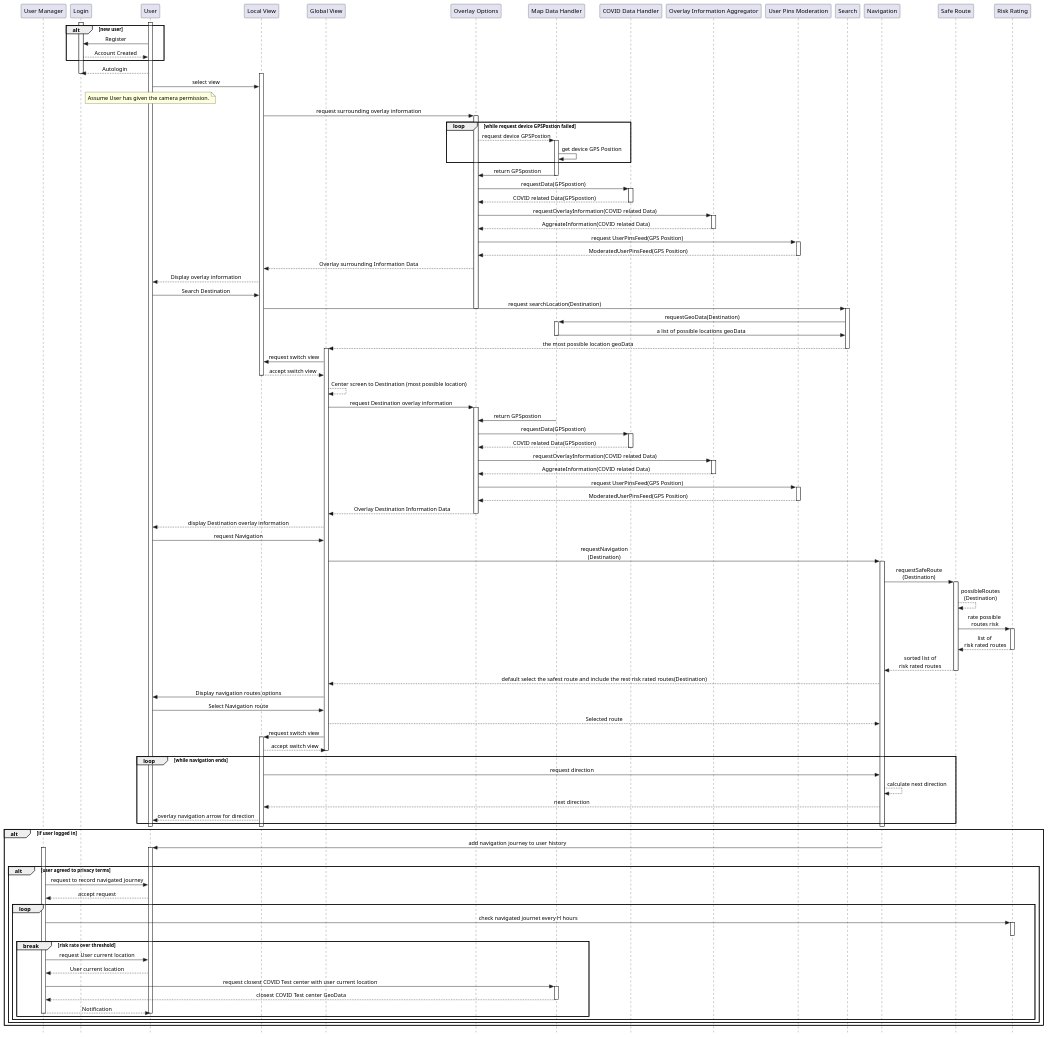
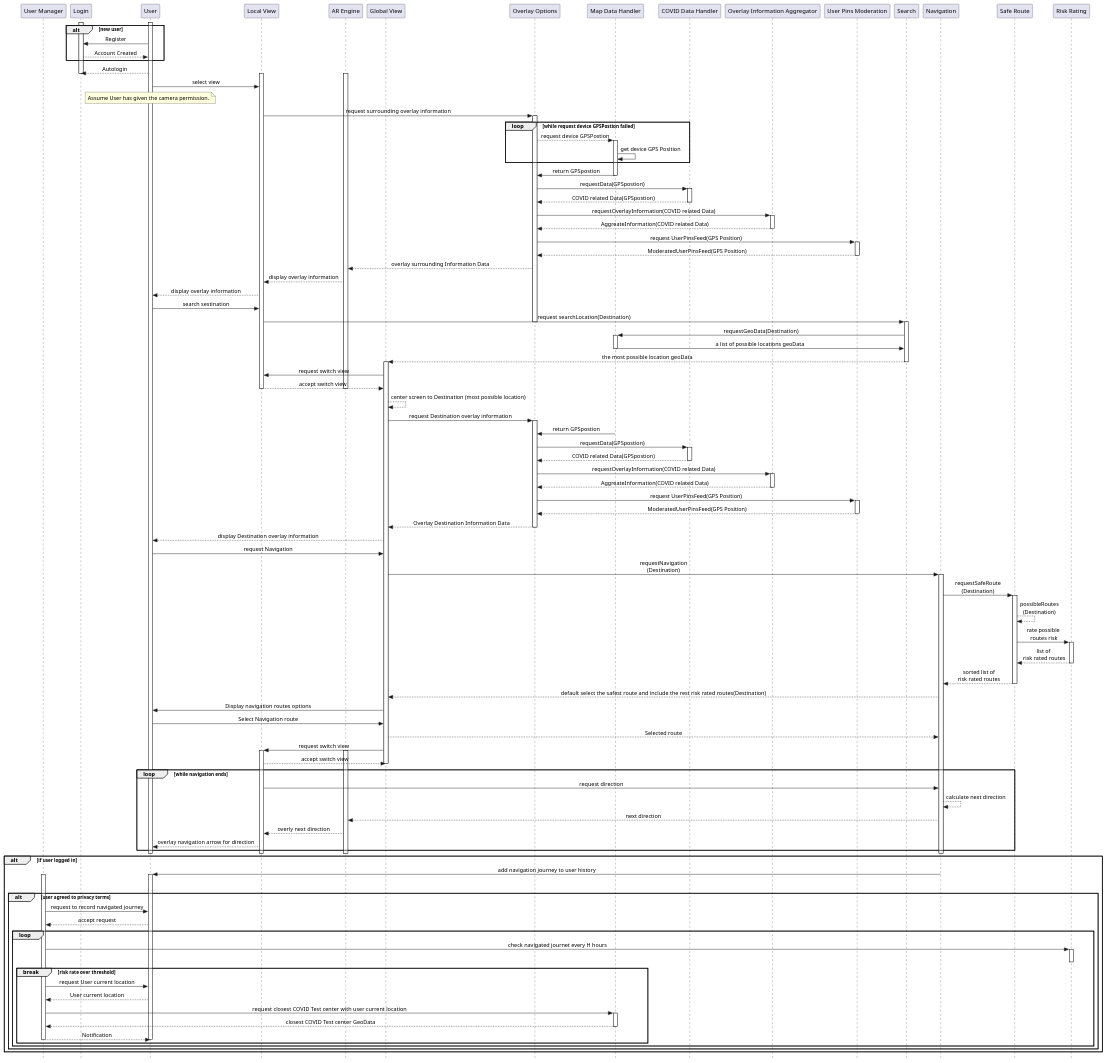
The diagram in past_ex/B6-1.plantuml (fdq09eca/BUS_assignment), drawn with PlantUML before and after one commit.

Commit message:
add ar engine

```diff
--- a/past_ex/B6-1.plantuml
+++ b/past_ex/B6-1.plantuml
@@ -1,150 +1,157 @@
 @startuml BUS-B6-1
 skinparam Style strictuml
 skinparam SequenceMessageAlignment center
 participant "User Manager"
 participant "Login"
 participant "User"
 participant "Local View"
+participant "AR Engine"
 participant "Global View"
 participant "Overlay Options"
 
 activate User
 activate Login
 alt new user
     User -> Login: Register
     Login --> User: Account Created
 end 
 
 User --> Login: Autologin
 
 deactivate Login
 activate "Local View"
+activate "AR Engine"
 User -> "Local View": select view
 note over User: Assume User has given the camera permission.
 "Local View" -> "Overlay Options": request surrounding overlay information
 activate "Overlay Options"
 loop while request device GPSPostion failed
     "Overlay Options" --> "Map Data Handler": request device GPSPostion
     activate "Map Data Handler"
     "Map Data Handler" -> "Map Data Handler": get device GPS Position
 end
 "Map Data Handler" -> "Overlay Options": return GPSpostion
 deactivate "Map Data Handler"
 
 "Overlay Options" -> "COVID Data Handler": requestData(GPSpostion)
 activate "COVID Data Handler"
 "COVID Data Handler" --> "Overlay Options": COVID related Data(GPSpostion)
 deactivate "COVID Data Handler"
 
 "Overlay Options" -> "Overlay Information Aggregator": requestOverlayInformation(COVID related Data)
 activate "Overlay Information Aggregator"
 "Overlay Information Aggregator" --> "Overlay Options": AggreateInformation(COVID related Data)
 deactivate "Overlay Information Aggregator"
 
 "Overlay Options" -> "User Pins Moderation": request UserPinsFeed(GPS Position)
 activate "User Pins Moderation"
 "User Pins Moderation" --> "Overlay Options": ModeratedUserPinsFeed(GPS Position)
 deactivate "User Pins Moderation"
 
-"Overlay Options" --> "Local View": Overlay surrounding Information Data
-"Local View" --> "User": Display overlay information
+"Overlay Options" --> "AR Engine": overlay surrounding Information Data
+"AR Engine" --> "Local View": display overlay information
+"Local View" --> "User": display overlay information
 
-User -> "Local View": Search Destination
+User -> "Local View": search sestination
 "Local View" -> "Search": request searchLocation(Destination)
 deactivate "Overlay Options"
 
 activate "Search"
 "Search" -> "Map Data Handler": requestGeoData(Destination)
 activate "Map Data Handler"
 "Map Data Handler" -> "Search": a list of possible locations geoData
 deactivate "Map Data Handler"
 "Search" --> "Global View": the most possible location geoData
 deactivate "Search"
 activate "Global View"
 "Global View" -> "Local View": request switch view
 "Local View" --> "Global View": accept switch view
 deactivate "Local View"
-"Global View" --> "Global View": Center screen to Destination (most possible location)
+deactivate "AR Engine"
+"Global View" --> "Global View": center screen to Destination (most possible location)
 "Global View" -> "Overlay Options": request Destination overlay information
 activate "Overlay Options"
 "Map Data Handler" -> "Overlay Options": return GPSpostion
 deactivate "Map Data Handler"
 
 "Overlay Options" -> "COVID Data Handler": requestData(GPSpostion)
 activate "COVID Data Handler"
 "COVID Data Handler" --> "Overlay Options": COVID related Data(GPSpostion)
 deactivate "COVID Data Handler"
 
 "Overlay Options" -> "Overlay Information Aggregator": requestOverlayInformation(COVID related Data)
 activate "Overlay Information Aggregator"
 "Overlay Information Aggregator" --> "Overlay Options": AggreateInformation(COVID related Data)
 deactivate "Overlay Information Aggregator"
 
 "Overlay Options" -> "User Pins Moderation": request UserPinsFeed(GPS Position)
 activate "User Pins Moderation"
 "User Pins Moderation" --> "Overlay Options": ModeratedUserPinsFeed(GPS Position)
 deactivate "User Pins Moderation"
 
 "Overlay Options" --> "Global View": Overlay Destination Information Data
 deactivate "Overlay Options"
 "Global View" --> "User": display Destination overlay information
 
 "User" -> "Global View": request Navigation
 "Global View" -> "Navigation": requestNavigation\n(Destination)
 activate "Navigation"
 "Navigation" -> "Safe Route": requestSafeRoute\n(Destination)
 activate "Safe Route"
 "Safe Route" --> "Safe Route": possibleRoutes\n(Destination)
 "Safe Route" -> "Risk Rating": rate possible\n routes risk
 activate "Risk Rating"
 "Risk Rating" --> "Safe Route": list of \nrisk rated routes
 deactivate "Risk Rating"
 "Safe Route" --> "Navigation": sorted list of\nrisk rated routes
 deactivate "Safe Route"
 "Navigation" --> "Global View": default select the safest route and include the rest risk rated routes(Destination)
 "Global View" -> "User": Display navigation routes options
 "User" -> "Global View": Select Navigation route
 "Global View" --> "Navigation": Selected route
 
 "Global View"->"Local View": request switch view
 activate "Local View"
+activate "AR Engine"
 "Local View" --> "Global View": accept switch view
 deactivate "Global View"
 loop while navigation ends
     "Local View" -> "Navigation": request direction
     "Navigation" --> "Navigation": calculate next direction
-    "Navigation" --> "Local View": next direction
+    "Navigation" --> "AR Engine": next direction
+    "AR Engine" --> "Local View": overly next direction
     "Local View" --> "User": overlay navigation arrow for direction
 end
 deactivate "Navigation"
 deactivate "Local View"
+deactivate "AR Engine"
 deactivate "User"
 
 alt if user logged in
     activate "Navigation"
     "Navigation" -> "User": add navigation journey to user history 
     activate "User"
     deactivate "Navigation"
     alt user agreed to privacy terms
         activate "User Manager"
         "User Manager" -> "User": request to record navigated journey
         "User" --> "User Manager": accept request
         loop 
             "User Manager" -> "Risk Rating": check navigated journet every H hours
             activate "Risk Rating"
             break risk rate over threshold
                 deactivate "Risk Rating"
                 "User Manager" -> "User": request User current location
                 "User" --> "User Manager": User current location
                 "User Manager" -> "Map Data Handler": request closest COVID Test center with user current location
                 activate "Map Data Handler"
                 "Map Data Handler" --> "User Manager": closest COVID Test center GeoData
                 deactivate "Map Data Handler"
                 "User Manager" --> "User": Notification
                 deactivate "User Manager"
                 deactivate "User"
             end
         end
     end
 end
 @enduml
```
